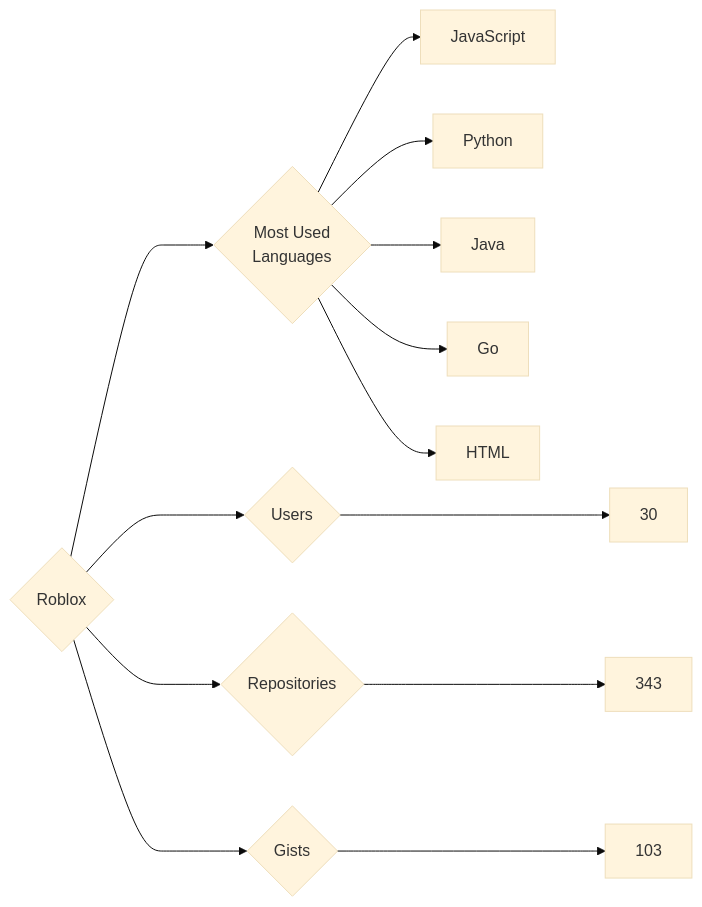
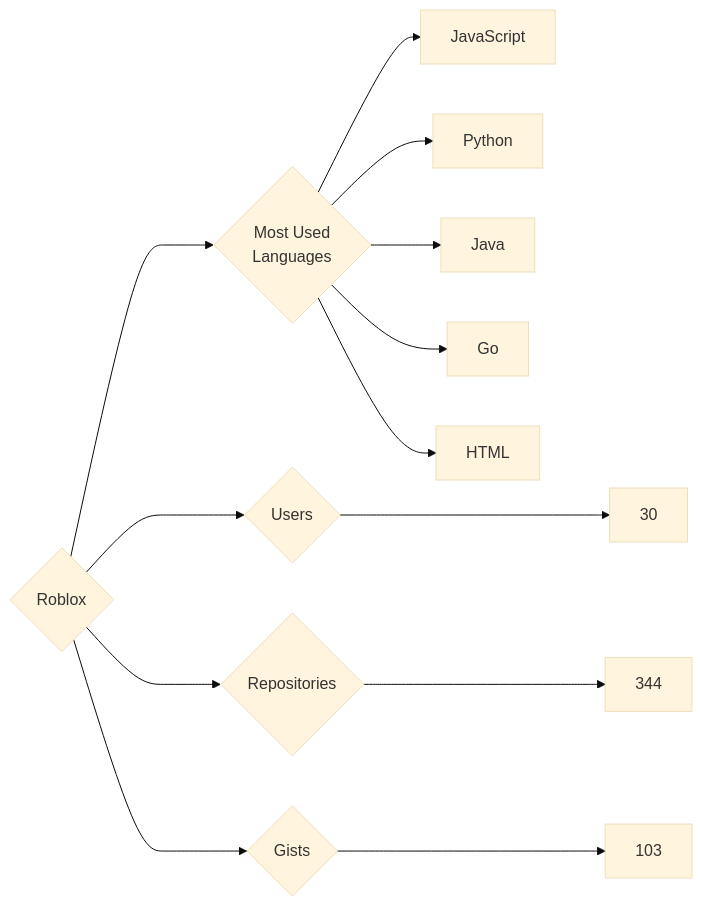
Before and after one commit to trickest/insiders: the diagram in targets/Roblox/README.md, drawn with Mermaid (base theme). The commit also changed 912 other files, not shown here.

````diff
--- a/targets/Roblox/README.md
+++ b/targets/Roblox/README.md
@@ -3,13 +3,13 @@
 ```mermaid
 graph LR
 COMPANY_NAME{Roblox}
 COMPANY_NAME ---> U{Users} ---> UN[30]
-COMPANY_NAME ---> R{Repositories} ---> RN[343]
+COMPANY_NAME ---> R{Repositories} ---> RN[344]
 COMPANY_NAME ---> G{Gists} ---> GN[103]
 COMPANY_NAME ---> ML{Most Used<br>Languages}
 ML --> JavaScript[JavaScript]
 ML --> Python[Python]
 ML --> Java[Java]
 ML --> Go[Go]
 ML --> HTML[HTML]
 ```
````
